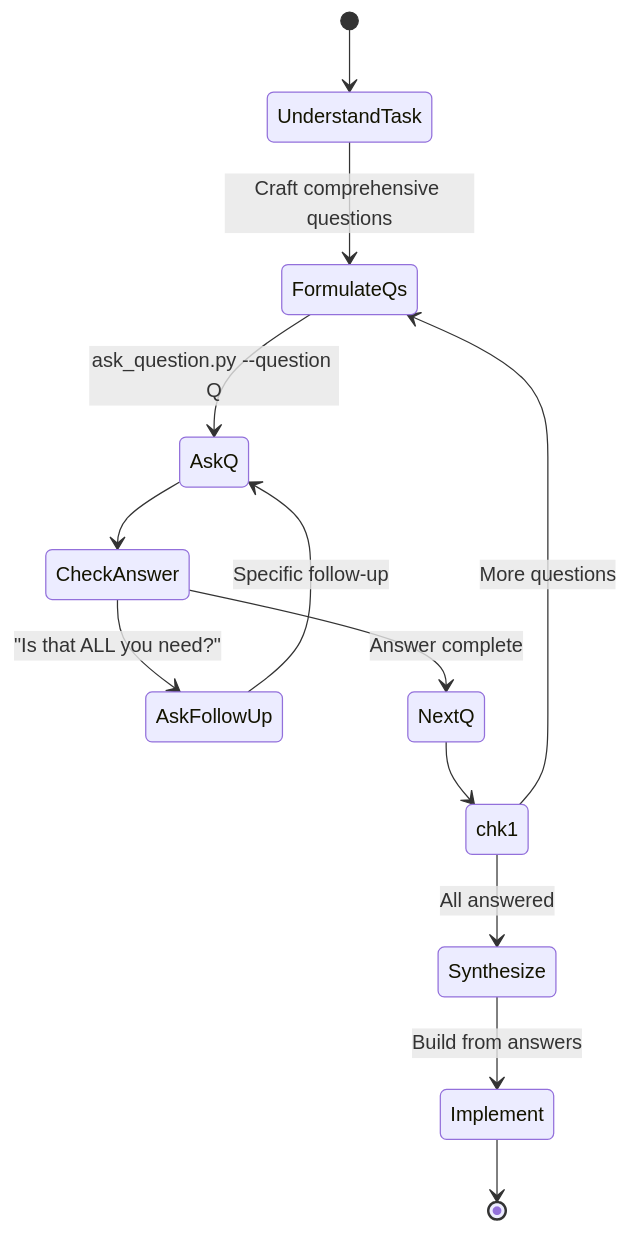
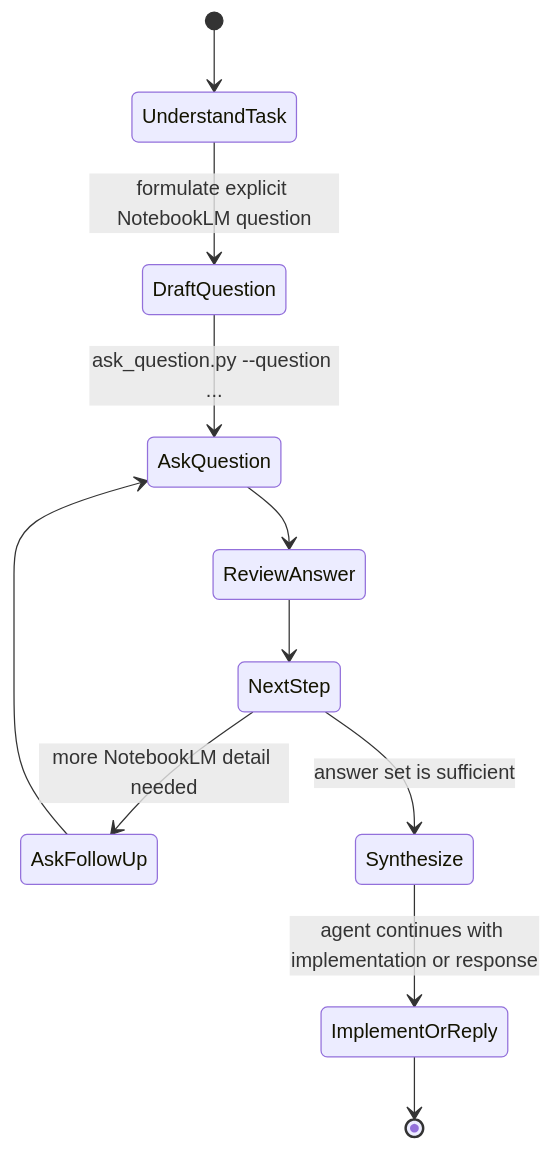
Before and after one commit to khengyun/notebooklm-experts-skill: diagram 11 of 11 in references/usage_patterns.md, drawn with Mermaid. The commit also changed other lines of this file and 23 other files, not shown here.

````diff
--- a/references/usage_patterns.md
+++ b/references/usage_patterns.md
@@ -251,21 +218,16 @@
 ```mermaid
 stateDiagram-v2
     [*] --> UnderstandTask
+    UnderstandTask --> DraftQuestion: formulate explicit NotebookLM question
+    DraftQuestion --> AskQuestion: ask_question.py --question ...
+    AskQuestion --> ReviewAnswer
 
-    UnderstandTask --> FormulateQs: Craft comprehensive questions
-    FormulateQs --> AskQ: ask_question.py --question Q
+    ReviewAnswer --> NextStep
+    state NextStep <<choice>>
+    NextStep --> AskFollowUp: more NotebookLM detail needed
+    NextStep --> Synthesize: answer set is sufficient
 
-    AskQ --> CheckAnswer
-    state CheckAnswer <<choice>>
-    CheckAnswer --> AskFollowUp: "Is that ALL you need?"
-    CheckAnswer --> NextQ: Answer complete
-
-    AskFollowUp --> AskQ: Specific follow-up
-    NextQ --> chk1
-    state chk1 <<choice>>
-    chk1 --> FormulateQs: More questions
-    chk1 --> Synthesize: All answered
-
-    Synthesize --> Implement: Build from answers
-    Implement --> [*]
+    AskFollowUp --> AskQuestion
+    Synthesize --> ImplementOrReply: agent continues with implementation or response
+    ImplementOrReply --> [*]
 ```
````
